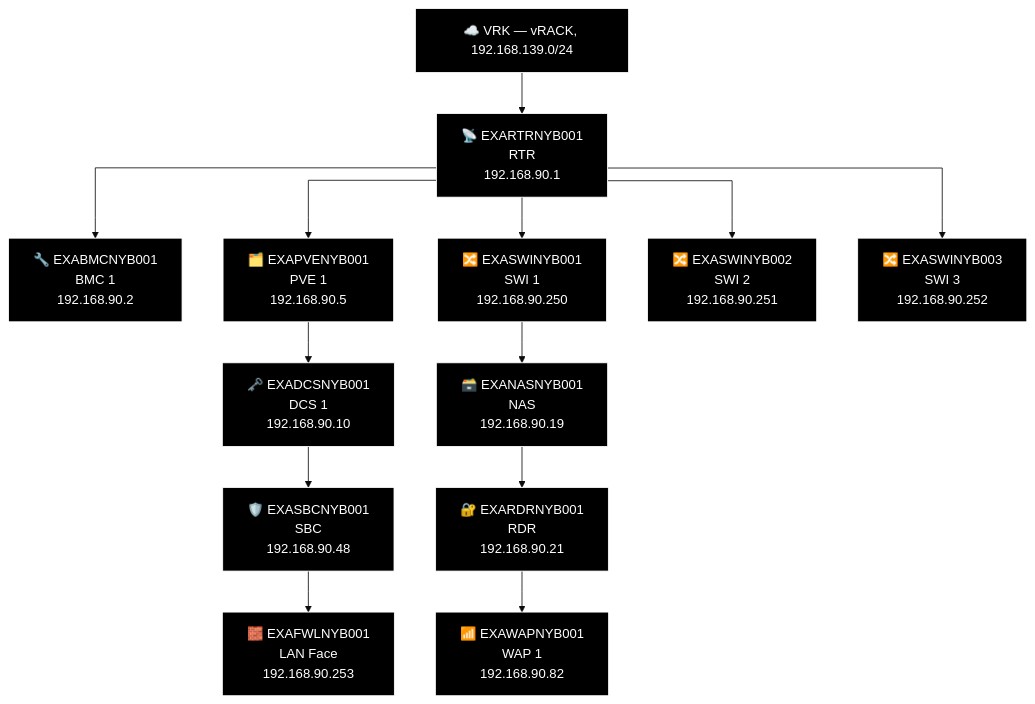
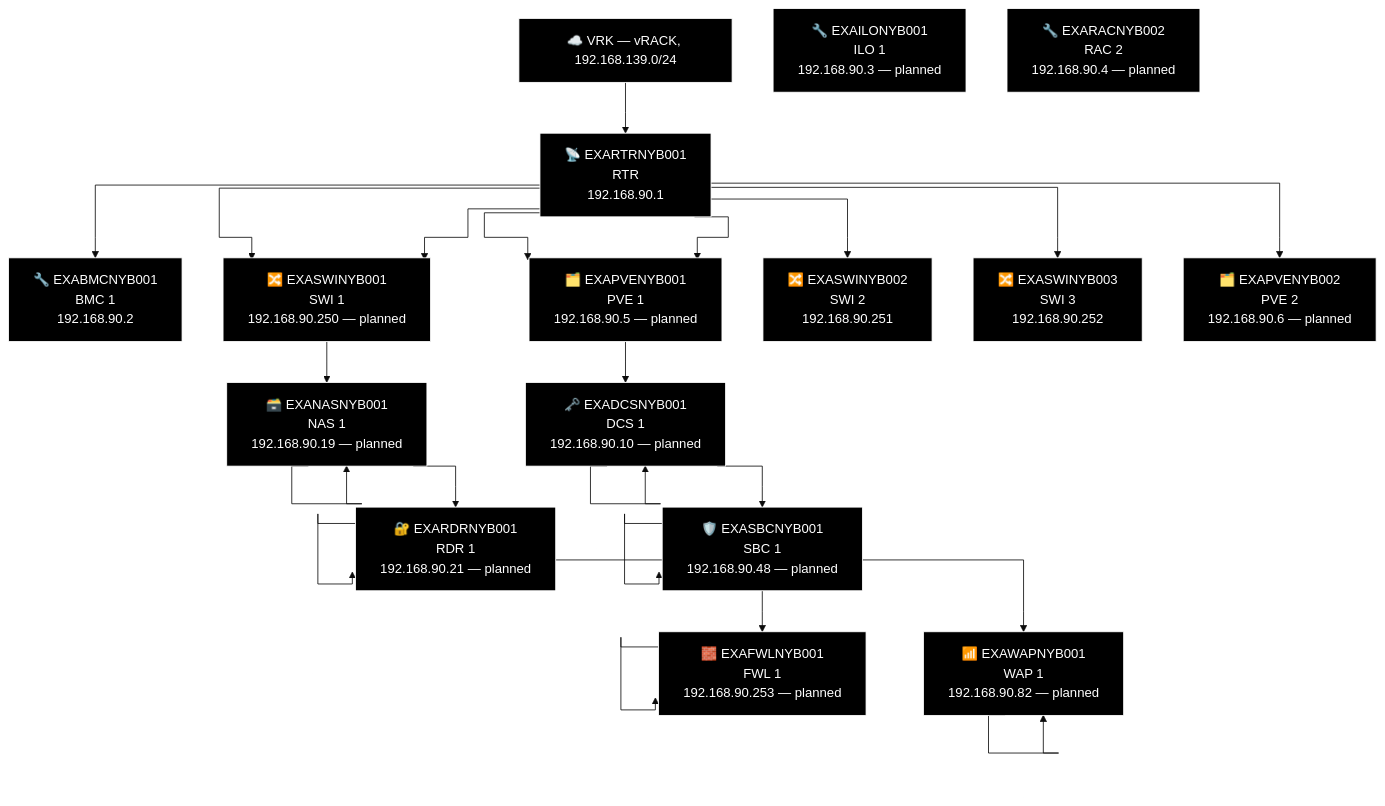
Diagram 23 of 23 in docs/network-diagram/danmark.md (knightmare2600/example_music_infra), drawn with Mermaid (base theme) before and after one commit. The commit also changed other lines of this file and 10 other files, not shown here.

````diff
--- a/docs/network-diagram/danmark.md
+++ b/docs/network-diagram/danmark.md
@@ -918,40 +943,65 @@
 ```mermaid
 %% GENERATED:TOPOLOGY:NYB:START
 %%{init: {'flowchart': {'curve': 'stepAfter'}}}%%
 graph TD
     T_VRK["☁️ VRK — vRACK, 192.168.139.0/24"]
     T_RTR["📡 EXARTRNYB001<br/>RTR<br/>192.168.90.1"]
     T_VRK --> T_RTR
     T_BMC["🔧 EXABMCNYB001<br/>BMC 1<br/>192.168.90.2"]
     T_RTR --> T_BMC
     T_PVE["🗂️ EXAPVENYB001<br/>PVE 1<br/>192.168.90.5"]
     T_RTR --> T_PVE
     T_SWI["🔀 EXASWINYB001<br/>SWI 1<br/>192.168.90.250"]
     T_RTR --> T_SWI
     T_SWI2["🔀 EXASWINYB002<br/>SWI 2<br/>192.168.90.251"]
     T_RTR --> T_SWI2
     T_SWI3["🔀 EXASWINYB003<br/>SWI 3<br/>192.168.90.252"]
     T_RTR --> T_SWI3
+    T_SWI["🔀 EXASWINYB001<br/>SWI 1<br/>192.168.90.250 — planned"]
+    T_RTR --> T_SWI
+    T_PVE["🗂️ EXAPVENYB001<br/>PVE 1<br/>192.168.90.5 — planned"]
+    T_RTR --> T_PVE
+    T_PVE2["🗂️ EXAPVENYB002<br/>PVE 2<br/>192.168.90.6 — planned"]
+    T_RTR --> T_PVE2
     T_NAS["🗃️ EXANASNYB001<br/>NAS<br/>192.168.90.19"]
+    T_NAS["🗃️ EXANASNYB001<br/>NAS 1<br/>192.168.90.19 — planned"]
     T_RDR["🔐 EXARDRNYB001<br/>RDR<br/>192.168.90.21"]
+    T_RDR["🔐 EXARDRNYB001<br/>RDR 1<br/>192.168.90.21 — planned"]
     T_WAP["📶 EXAWAPNYB001<br/>WAP 1<br/>192.168.90.82"]
-    T_SWI --> T_NAS --> T_RDR --> T_WAP
+    T_WAP["📶 EXAWAPNYB001<br/>WAP 1<br/>192.168.90.82 — planned"]
+    T_SWI --> T_NAS --> T_NAS --> T_RDR --> T_RDR --> T_WAP --> T_WAP
     T_DCS["🗝️ EXADCSNYB001<br/>DCS 1<br/>192.168.90.10"]
+    T_DCS["🗝️ EXADCSNYB001<br/>DCS 1<br/>192.168.90.10 — planned"]
     T_SBC["🛡️ EXASBCNYB001<br/>SBC<br/>192.168.90.48"]
+    T_SBC["🛡️ EXASBCNYB001<br/>SBC 1<br/>192.168.90.48 — planned"]
     T_FWL["🧱 EXAFWLNYB001<br/>LAN Face<br/>192.168.90.253"]
-    T_PVE --> T_DCS --> T_SBC --> T_FWL
+    T_FWL["🧱 EXAFWLNYB001<br/>FWL 1<br/>192.168.90.253 — planned"]
+    T_PVE --> T_DCS --> T_DCS --> T_SBC --> T_SBC --> T_FWL --> T_FWL
+    T_ILO["🔧 EXAILONYB001<br/>ILO 1<br/>192.168.90.3 — planned"]
+    T_RAC["🔧 EXARACNYB002<br/>RAC 2<br/>192.168.90.4 — planned"]
     style T_VRK fill:#000000,stroke:#FFFFFF,color:#FFFFFF
     style T_RTR fill:#000000,stroke:#FFFFFF,color:#FFFFFF
     style T_BMC fill:#000000,stroke:#FFFFFF,color:#FFFFFF
     style T_PVE fill:#000000,stroke:#FFFFFF,color:#FFFFFF
     style T_SWI fill:#000000,stroke:#FFFFFF,color:#FFFFFF
     style T_SWI2 fill:#000000,stroke:#FFFFFF,color:#FFFFFF
     style T_SWI3 fill:#000000,stroke:#FFFFFF,color:#FFFFFF
+    style T_SWI fill:#000000,stroke:#FFFFFF,color:#FFFFFF
+    style T_PVE fill:#000000,stroke:#FFFFFF,color:#FFFFFF
+    style T_PVE2 fill:#000000,stroke:#FFFFFF,color:#FFFFFF
+    style T_NAS fill:#000000,stroke:#FFFFFF,color:#FFFFFF
     style T_NAS fill:#000000,stroke:#FFFFFF,color:#FFFFFF
     style T_RDR fill:#000000,stroke:#FFFFFF,color:#FFFFFF
+    style T_RDR fill:#000000,stroke:#FFFFFF,color:#FFFFFF
+    style T_WAP fill:#000000,stroke:#FFFFFF,color:#FFFFFF
     style T_WAP fill:#000000,stroke:#FFFFFF,color:#FFFFFF
     style T_DCS fill:#000000,stroke:#FFFFFF,color:#FFFFFF
+    style T_DCS fill:#000000,stroke:#FFFFFF,color:#FFFFFF
+    style T_SBC fill:#000000,stroke:#FFFFFF,color:#FFFFFF
     style T_SBC fill:#000000,stroke:#FFFFFF,color:#FFFFFF
     style T_FWL fill:#000000,stroke:#FFFFFF,color:#FFFFFF
+    style T_FWL fill:#000000,stroke:#FFFFFF,color:#FFFFFF
+    style T_ILO fill:#000000,stroke:#FFFFFF,color:#FFFFFF
+    style T_RAC fill:#000000,stroke:#FFFFFF,color:#FFFFFF
 %% GENERATED:TOPOLOGY:NYB:END
 ```
````
